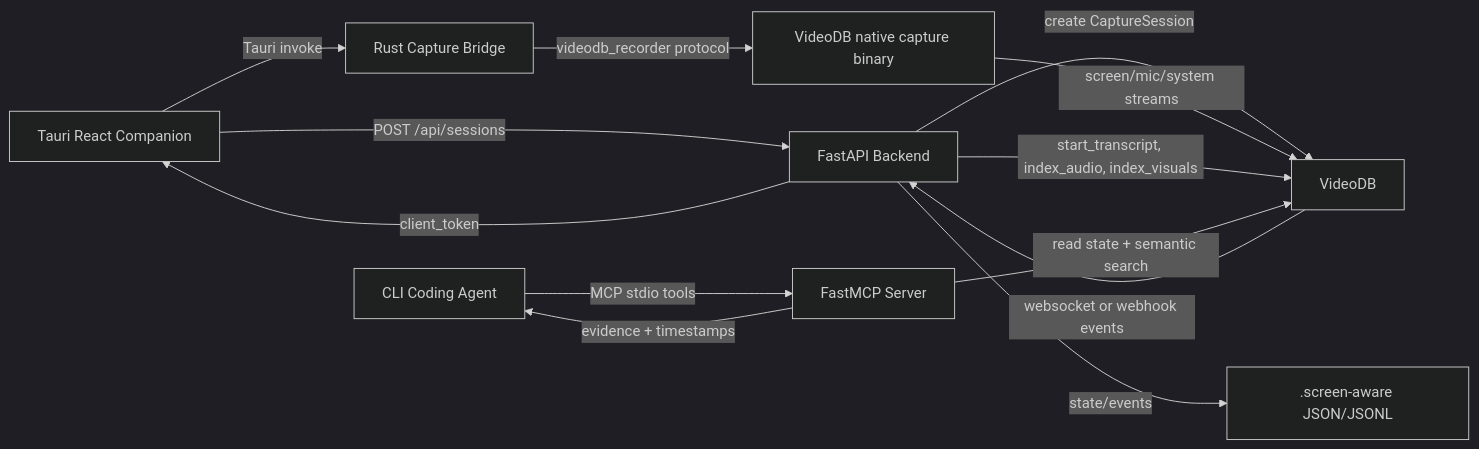
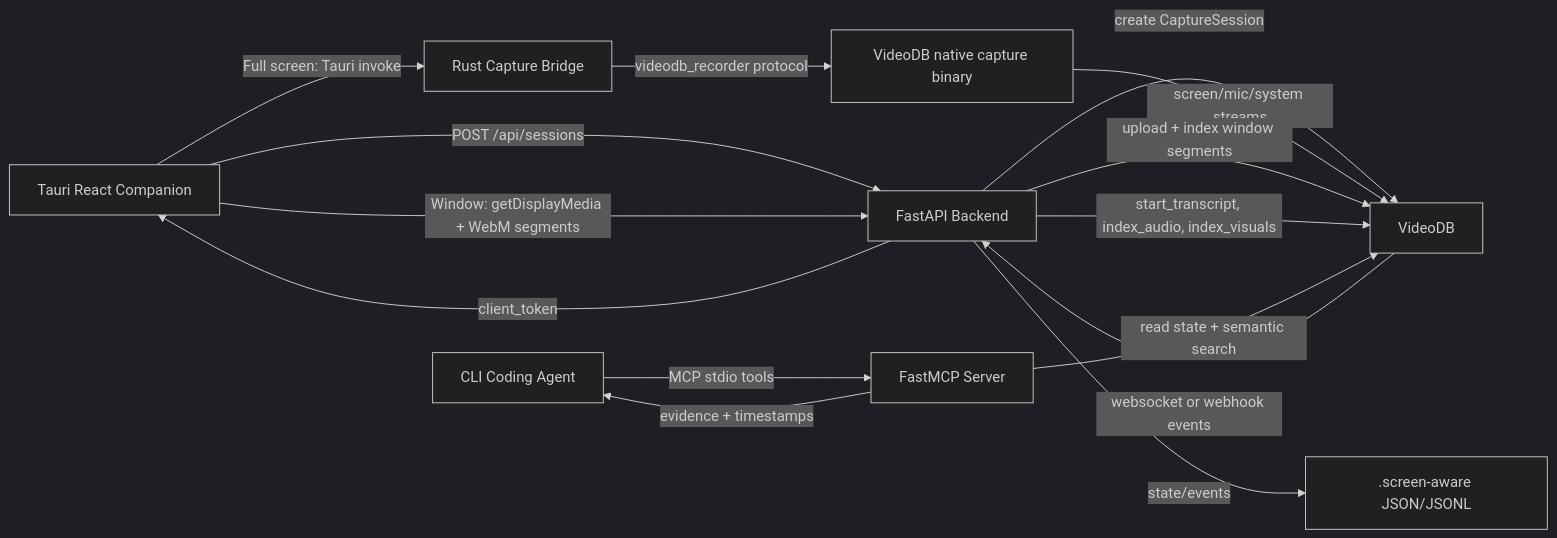
Before and after one commit to amaansyed27/screen-aware: the diagram in docs/ARCHITECTURE.md, drawn with Mermaid (dark theme). The commit also changed other lines of this file and 11 other files, not shown here.

Commit message:
fix: enable selected window capture

````diff
--- a/docs/ARCHITECTURE.md
+++ b/docs/ARCHITECTURE.md
@@ -7,15 +7,17 @@
 ```mermaid
 flowchart LR
     UI["Tauri React Companion"] -->|"POST /api/sessions"| API["FastAPI Backend"]
     API -->|"create CaptureSession"| VDB["VideoDB"]
     API -->|"client_token"| UI
-    UI -->|"Tauri invoke"| RUST["Rust Capture Bridge"]
+    UI -->|"Full screen: Tauri invoke"| RUST["Rust Capture Bridge"]
     RUST -->|"videodb_recorder protocol"| BIN["VideoDB native capture binary"]
     BIN -->|"screen/mic/system streams"| VDB
+    UI -->|"Window: getDisplayMedia + WebM segments"| API
+    API -->|"upload + index window segments"| VDB
     VDB -->|"websocket or webhook events"| API
     API -->|"start_transcript, index_audio, index_visuals"| VDB
     API -->|"state/events"| STORE[".screen-aware JSON/JSONL"]
     AGENT["CLI Coding Agent"] -->|"MCP stdio tools"| MCP["FastMCP Server"]
     MCP -->|"read state + semantic search"| VDB
     MCP -->|"evidence + timestamps"| AGENT
 ```
````
